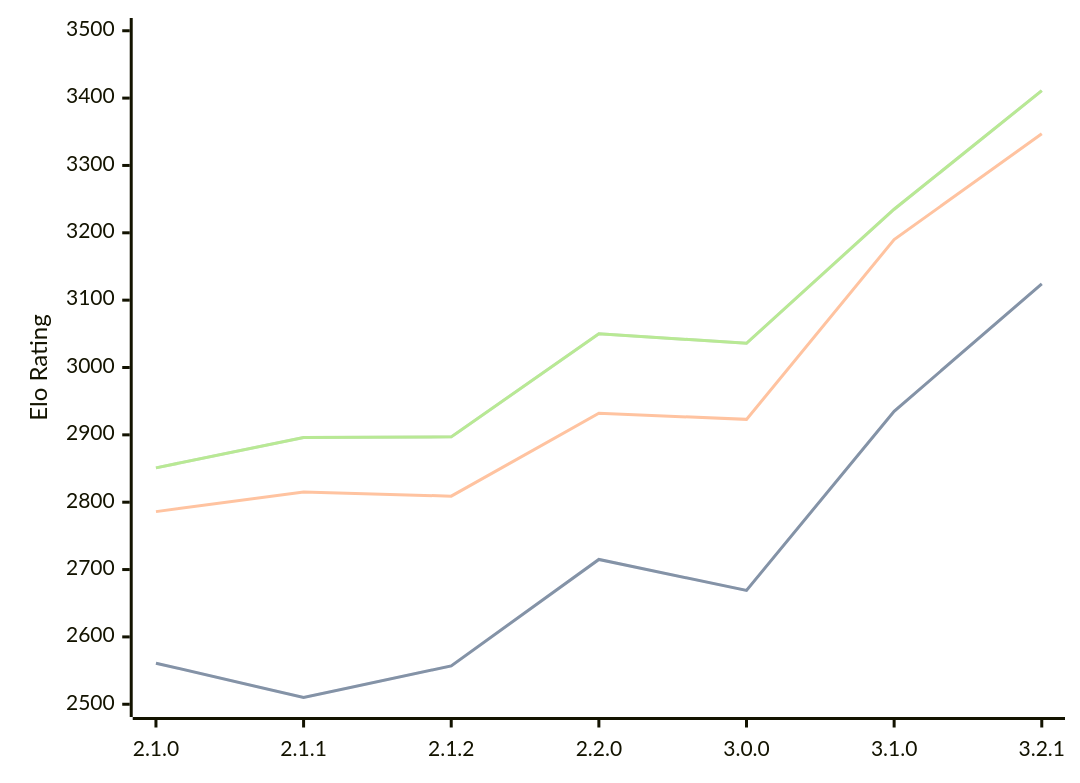
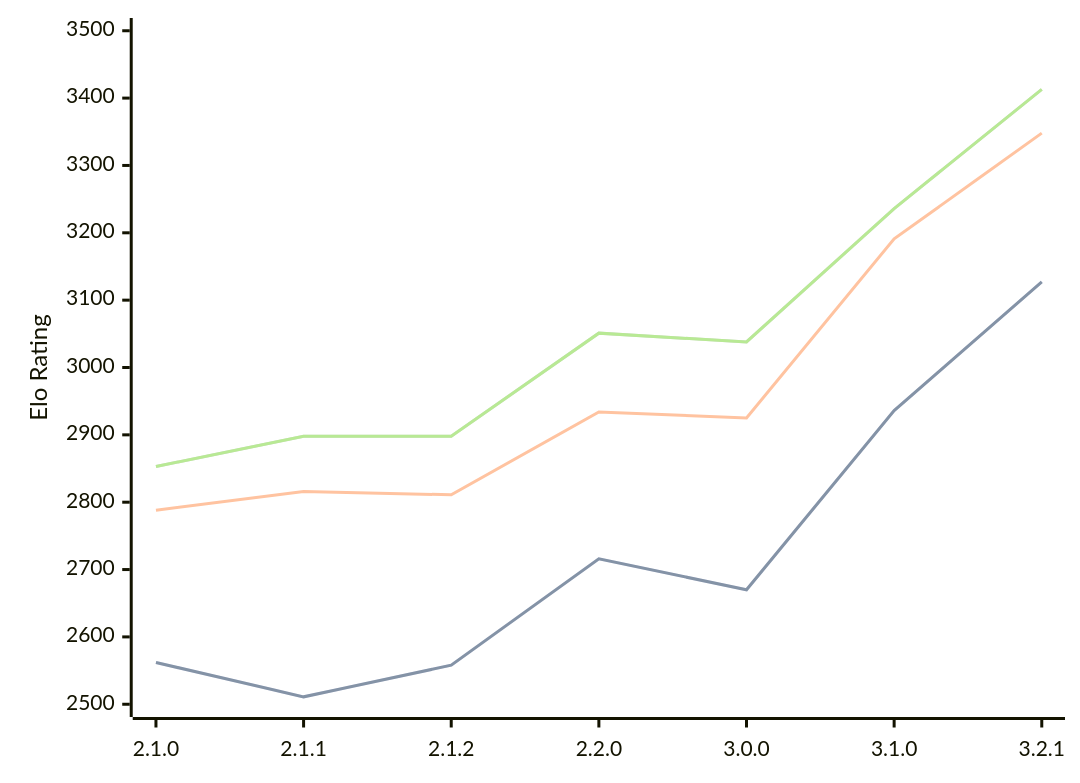
Before and after one commit to computer-chess-index/cci: the diagram in engines/Prune.md, drawn with Mermaid. The commit also changed other lines of this file, not shown here.

Commit message:
Update CCI Ratings (ELO VLTC) - 2026-04-11

````diff
--- a/engines/Prune.md
+++ b/engines/Prune.md
@@ -42,11 +42,11 @@
 ```mermaid
 %%{init: {"theme":"base","themeVariables":{"seriesColors:['#a3a3a3','#222221','#faa371']}}}%%
 xychart-beta
   x-axis ["2.1.0", "2.1.1", "2.1.2", "2.2.0", "3.0.0", "3.1.0", "3.2.1"]
   y-axis "Elo Rating" 2500 --> 3500
-  line "STC (8.0+0.08s)" [2561, 2510, 2557, 2715, 2669, 2935, 3124]
-  line "STC (8.0+0.08s)" [2561, 2510, 2557, 2715, 2669, 2935, 3124]
-  line "LTC (60.0+0.60s)" [2786, 2815, 2809, 2932, 2923, 3190, 3347]
-  line "VLTC (2m24s+1.12s)" [2851, 2896, 2897, 3050, 3036, 3235, 3411]
-  line "VLTC (2m24s+1.12s)" [2851, 2896, 2897, 3050, 3036, 3235, 3411]
+  line "STC (8.0+0.08s)" [2562, 2511, 2558, 2716, 2670, 2936, 3127]
+  line "STC (8.0+0.08s)" [2562, 2511, 2558, 2716, 2670, 2936, 3127]
+  line "LTC (60.0+0.60s)" [2788, 2816, 2811, 2934, 2925, 3191, 3348]
+  line "VLTC (2m24s+1.12s)" [2853, 2898, 2898, 3051, 3038, 3236, 3413]
+  line "VLTC (2m24s+1.12s)" [2853, 2898, 2898, 3051, 3038, 3236, 3413]
 ```
````
